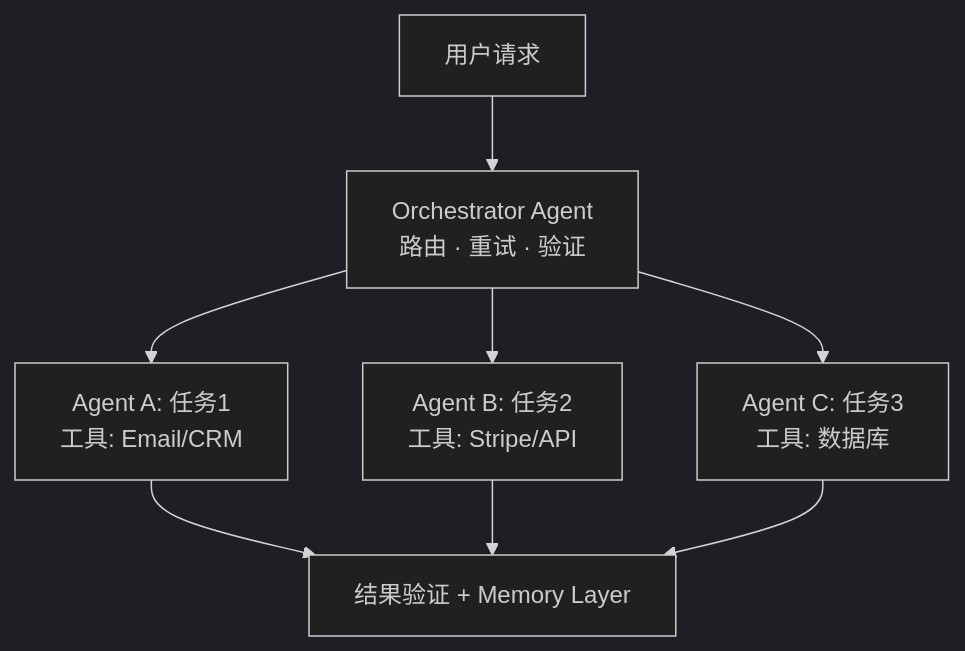
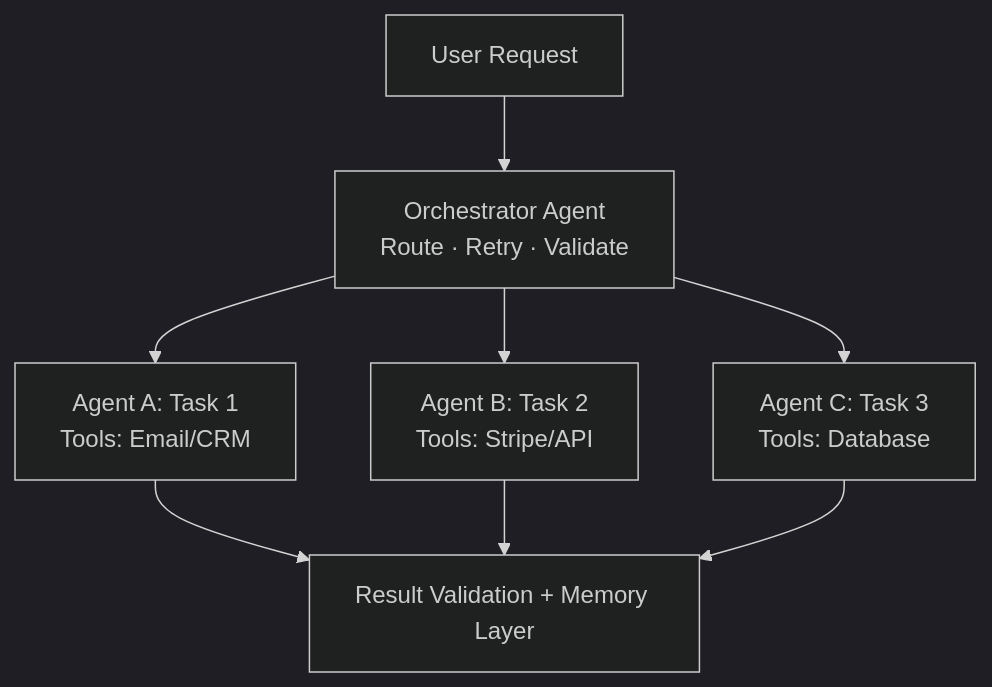
Before and after one commit to jiangxidong/agent-skill-1p-saas: the diagram in references/tpl-agent-architecture.md, drawn with Mermaid (dark theme). The commit also changed other lines of this file and 9 other files, not shown here.

````diff
--- a/references/tpl-agent-architecture.md
+++ b/references/tpl-agent-architecture.md
@@ -49,10 +49,10 @@
 ```mermaid
 graph TD
-    A["用户请求"] --> B["Orchestrator Agent<br/>路由 · 重试 · 验证"]
-    B --> C["Agent A: 任务1<br/>工具: Email/CRM"]
-    B --> D["Agent B: 任务2<br/>工具: Stripe/API"]
-    B --> E["Agent C: 任务3<br/>工具: 数据库"]
-    C --> F["结果验证 + Memory Layer"]
+    A["User Request"] --> B["Orchestrator Agent<br/>Route · Retry · Validate"]
+    B --> C["Agent A: Task 1<br/>Tools: Email/CRM"]
+    B --> D["Agent B: Task 2<br/>Tools: Stripe/API"]
+    B --> E["Agent C: Task 3<br/>Tools: Database"]
+    C --> F["Result Validation + Memory Layer"]
     D --> F
     E --> F
 ```
````
